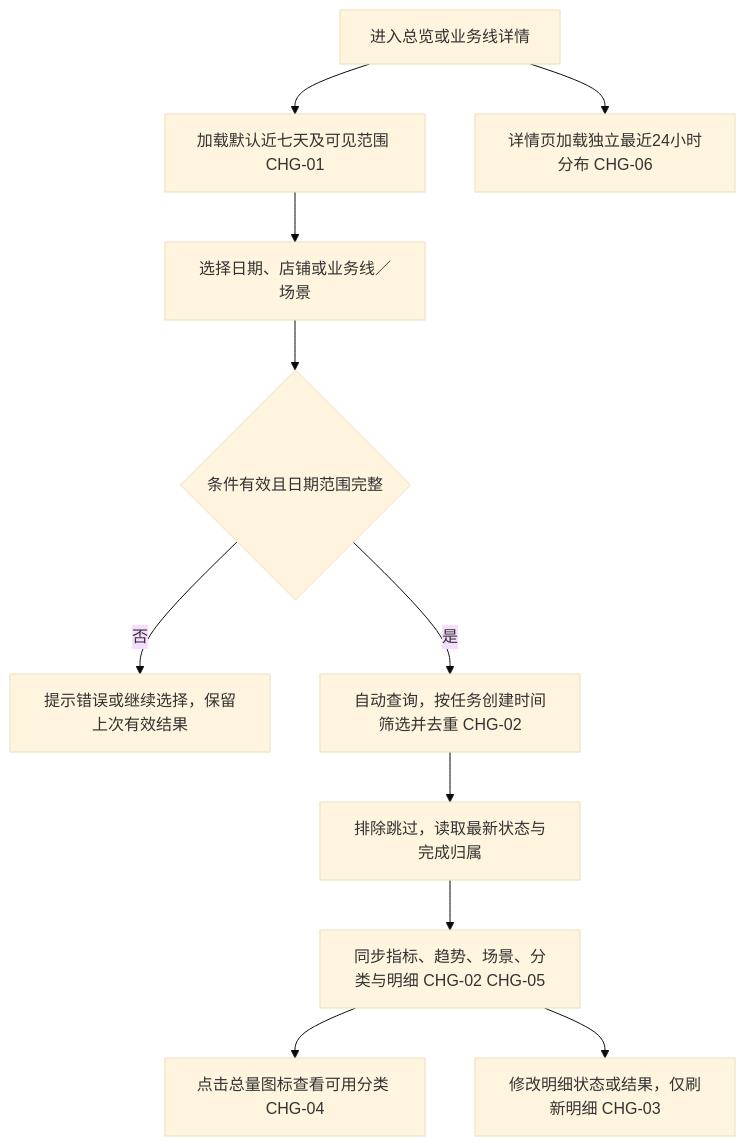
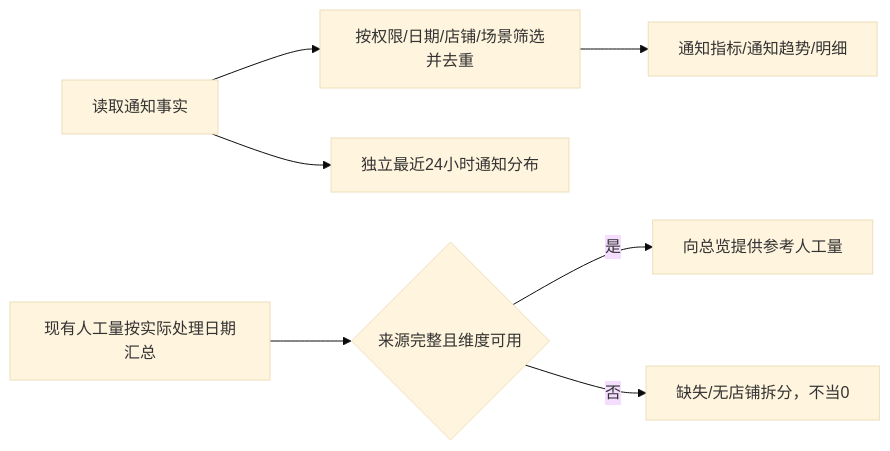
Before and after one commit to dtingyoung123-stack/xianma-work: the diagram in dashboard-demo/prd/业务线开发分册/淘工厂_开发分册.md, drawn with Mermaid (base theme). The commit also changed other lines of this file and 34 other files, not shown here.

````diff
--- a/dashboard-demo/prd/业务线开发分册/淘工厂_开发分册.md
+++ b/dashboard-demo/prd/业务线开发分册/淘工厂_开发分册.md
@@ -66,13 +76,9 @@
 ```mermaid
-flowchart TD
-    A["进入总览或业务线详情"] --> B["加载默认近七天及可见范围 CHG-01"]
-    B --> C["选择日期、店铺或业务线／场景"]
-    C --> D{"条件有效且日期范围完整"}
-    D -- "否" --> E["提示错误或继续选择，保留上次有效结果"]
-    D -- "是" --> F["自动查询，按任务创建时间筛选并去重 CHG-02"]
-    F --> G["排除跳过，读取最新状态与完成归属"]
-    G --> H["同步指标、趋势、场景、分类与明细 CHG-02 CHG-05"]
-    H --> I["点击总量图标查看可用分类 CHG-04"]
-    H --> J["修改明细状态或结果，仅刷新明细 CHG-03"]
-    A --> K["详情页加载独立最近24小时分布 CHG-06"]
+flowchart LR
+    A["读取通知事实"] --> B["按权限/日期/店铺/场景筛选并去重"]
+    B --> C["通知指标/通知趋势/明细"]
+    A --> D["独立最近24小时通知分布"]
+    E["现有人工量按实际处理日期汇总"] --> F{"来源完整且维度可用"}
+    F -- "是" --> G["向总览提供参考人工量"]
+    F -- "否" --> H["缺失/无店铺拆分，不当0"]
 ```
````
